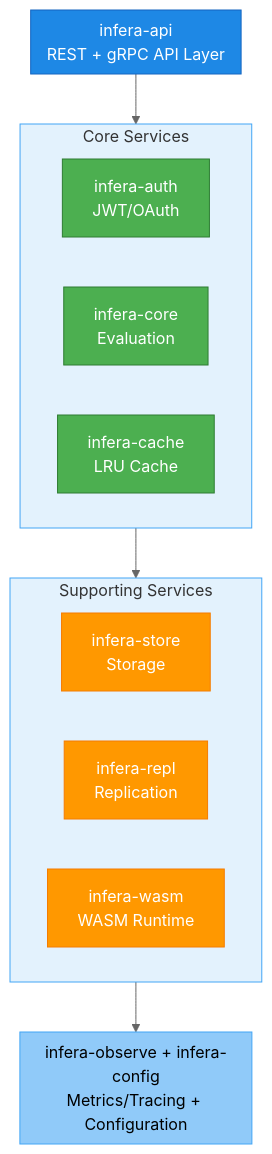
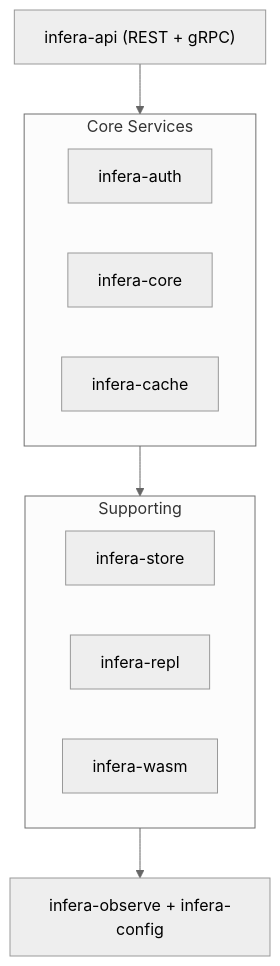
Before and after one commit to inferadb/engine: the diagram in README.md, drawn with Mermaid (neutral theme). The commit also changed other lines of this file, not shown here.

````diff
--- a/README.md
+++ b/README.md
@@ -99,35 +49,12 @@
 ```mermaid
 graph TD
-    subgraph API["infera-api<br/>REST + gRPC API Layer"]
+    API["infera-api (REST + gRPC)"] --> Core
+    subgraph Core["Core Services"]
+        AUTH[infera-auth] & CORE[infera-core] & CACHE[infera-cache]
     end
-
-    subgraph Core["Core Services"]
-        AUTH["infera-auth<br/>JWT/OAuth"]
-        CORE["infera-core<br/>Evaluation"]
-        CACHE["infera-cache<br/>LRU Cache"]
+    Core --> Services
+    subgraph Services["Supporting"]
+        STORE[infera-store] & REPL[infera-repl] & WASM[infera-wasm]
     end
-
-    subgraph Services["Supporting Services"]
-        STORE["infera-store<br/>Storage"]
-        REPL["infera-repl<br/>Replication"]
-        WASM["infera-wasm<br/>WASM Runtime"]
-    end
-
-    subgraph Foundation["infera-observe + infera-config<br/>Metrics/Tracing + Configuration"]
-    end
-
-    API --> Core
-    Core --> Services
-    Services --> Foundation
-
-    style API fill:#1E88E5,stroke:#1565C0,color:#fff
-    style Core fill:#E3F2FD,stroke:#42A5F5
-    style Services fill:#E3F2FD,stroke:#42A5F5
-    style Foundation fill:#90CAF9,stroke:#42A5F5
-    style AUTH fill:#4CAF50,stroke:#2E7D32,color:#fff
-    style CORE fill:#4CAF50,stroke:#2E7D32,color:#fff
-    style CACHE fill:#4CAF50,stroke:#2E7D32,color:#fff
-    style STORE fill:#FF9800,stroke:#F57C00,color:#fff
-    style REPL fill:#FF9800,stroke:#F57C00,color:#fff
-    style WASM fill:#FF9800,stroke:#F57C00,color:#fff
+    Services --> Foundation["infera-observe + infera-config"]
 ```
````
